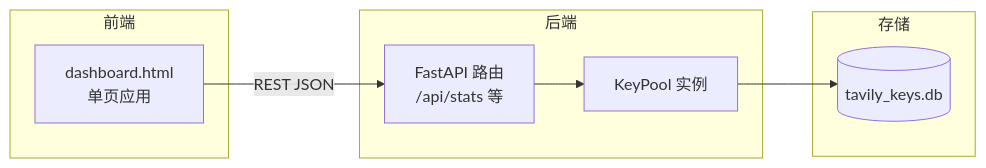
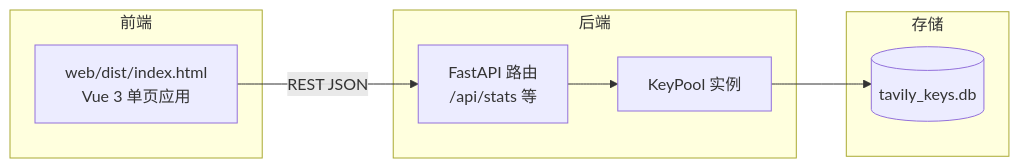
Before and after one commit to zylyes/tavily-key: the second of 3 diagrams in docs/wiki/Web控制台/Web控制台.md, drawn with Mermaid. The commit also changed other lines of this file and 81 other files, not shown here.

````diff
--- a/docs/wiki/Web控制台/Web控制台.md
+++ b/docs/wiki/Web控制台/Web控制台.md
@@ -183,17 +184,17 @@
 ```mermaid
 flowchart LR
     subgraph 前端
-        HTML[dashboard.html<br/>单页应用]
+        HTML[web/dist/index.html<br/>Vue 3 单页应用]
     end
     subgraph 后端
         API[FastAPI 路由<br/>/api/stats 等]
         KP[KeyPool 实例]
     end
     subgraph 存储
         DB[(tavily_keys.db)]
     end
 
     HTML -->|REST JSON| API
     API --> KP
     KP --> DB
 ```
````
